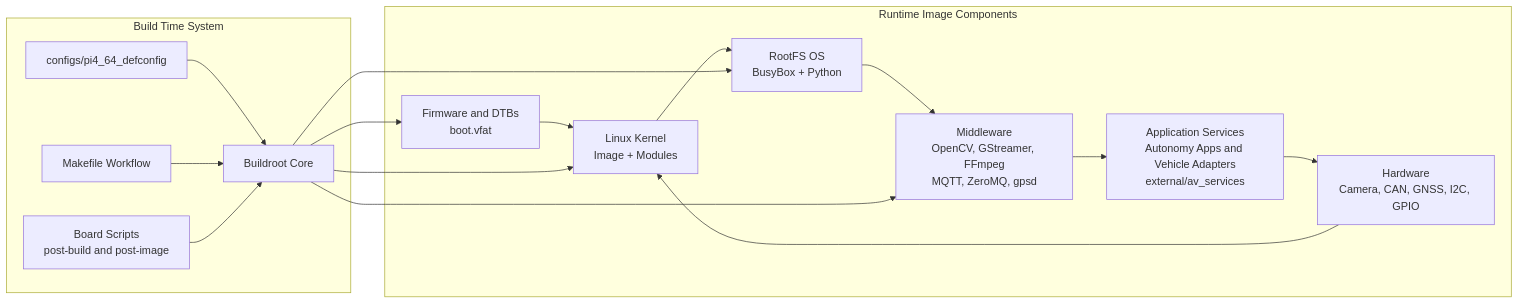
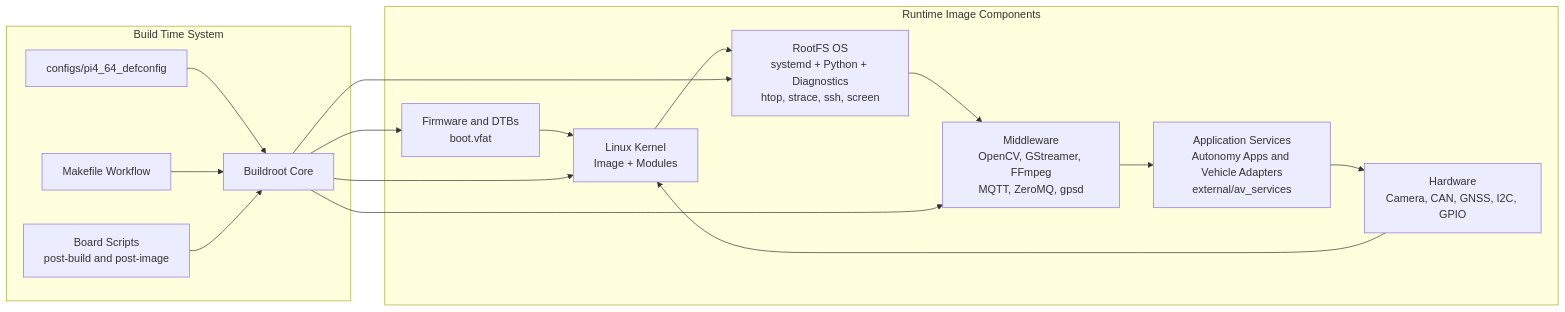
One commit to rudupa/pi4_av_linux changed the second of 2 diagrams in SW_ARCH.md. Above: the diagram before and after it, drawn with Mermaid. The commit also changed other lines of this file and 33 other files, not shown here.

````diff
--- a/SW_ARCH.md
+++ b/SW_ARCH.md
@@ -61,33 +61,33 @@
 ```mermaid
 flowchart LR
 	subgraph BuildTime[Build Time System]
 		DEF["configs/pi4_64_defconfig"]
 		BR["Buildroot Core"]
 		MK["Makefile Workflow"]
 		BSP["Board Scripts<br/>post-build and post-image"]
 		DEF --> BR
 		MK --> BR
 		BSP --> BR
 	end
 
 	subgraph Runtime[Runtime Image Components]
 		FW["Firmware and DTBs<br/>boot.vfat"]
 		KRN["Linux Kernel<br/>Image + Modules"]
-		OS["RootFS OS<br/>BusyBox + Python"]
+		OS["RootFS OS<br/>systemd + Python + Diagnostics<br/>htop, strace, ssh, screen"]
 		MID["Middleware<br/>OpenCV, GStreamer, FFmpeg<br/>MQTT, ZeroMQ, gpsd"]
 		APP["Application Services<br/>Autonomy Apps and Vehicle Adapters<br/>external/av_services"]
 		HW["Hardware<br/>Camera, CAN, GNSS, I2C, GPIO"]
 
 		FW --> KRN
 		KRN --> OS
 		OS --> MID
 		MID --> APP
 		HW --> KRN
 		APP --> HW
 	end
 
 	BR --> FW
 	BR --> KRN
 	BR --> OS
 	BR --> MID
 ```
````
